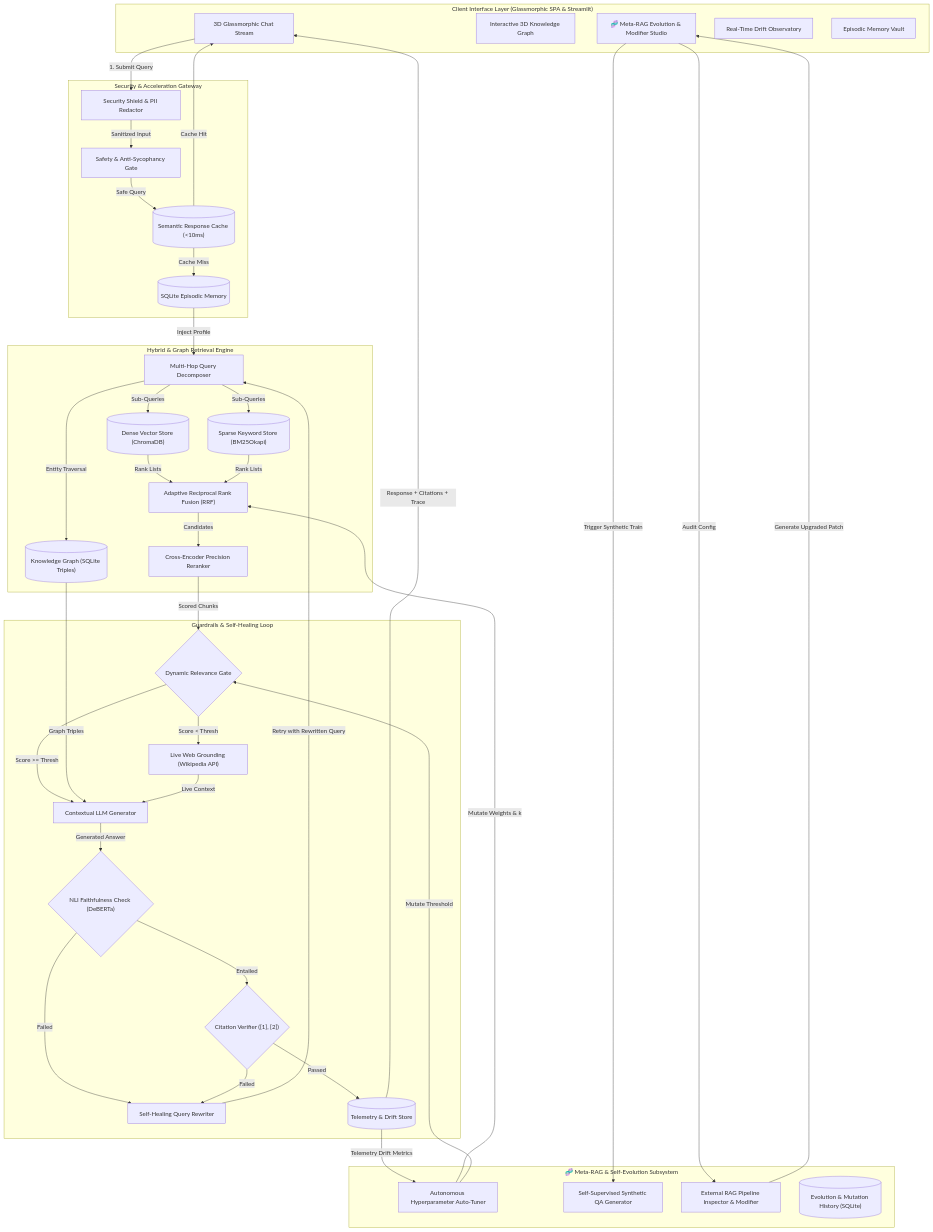
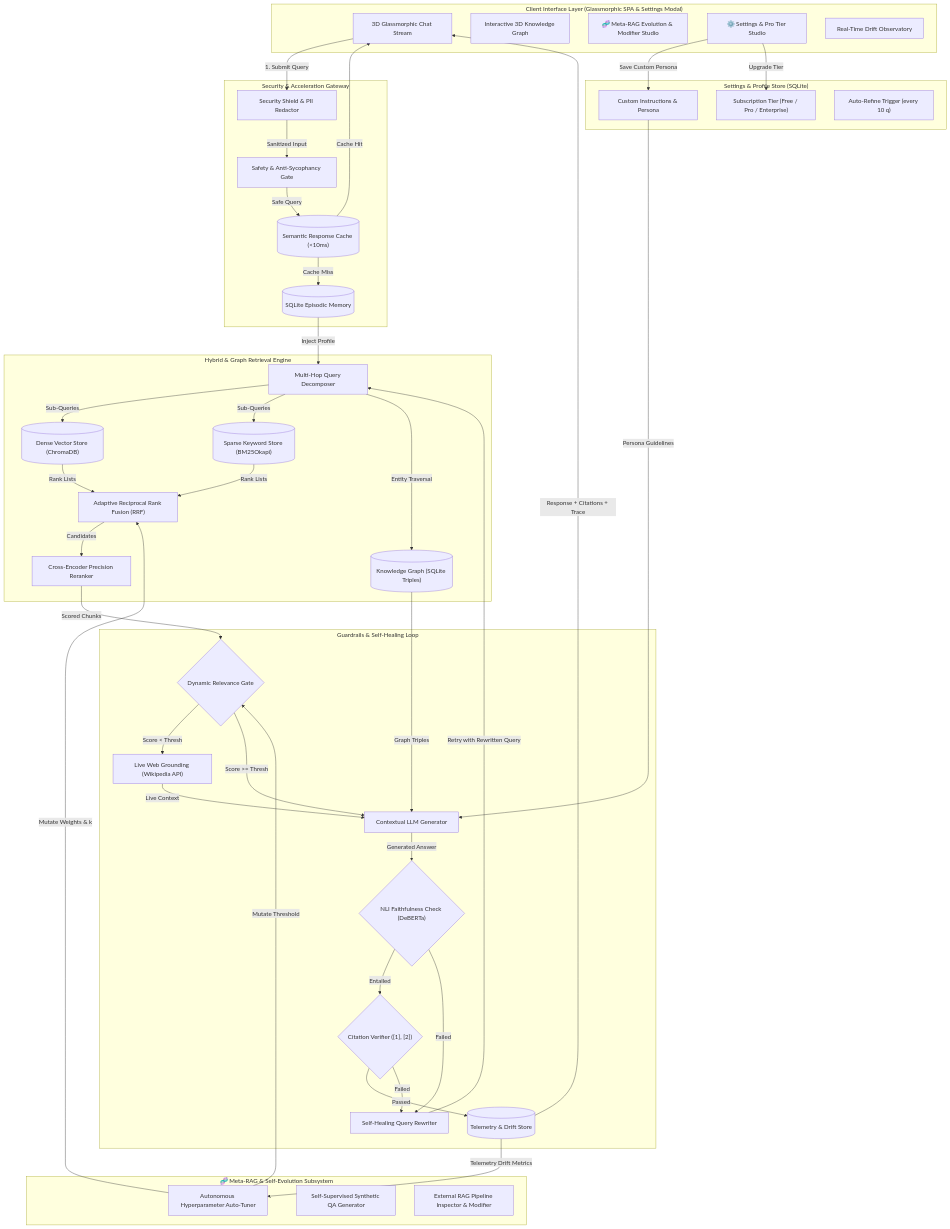
The diagram in README.md (Rishigit222/S-r-h), drawn with Mermaid before and after one commit. The commit also changed other lines of this file and 7 other files, not shown here.

Commit message:
feat: implement ChatGPT/Claude/DeepSeek style Settings, Pro tier, custom instructions, and theme customizer

````diff
--- a/README.md
+++ b/README.md
@@ -63,74 +83,78 @@
 ```mermaid
 flowchart TD
-    subgraph Client["Client Interface Layer (Glassmorphic SPA & Streamlit)"]
+    subgraph Client["Client Interface Layer (Glassmorphic SPA & Settings Modal)"]
         CHAT_UI["3D Glassmorphic Chat Stream"]
         GRAPH_UI["Interactive 3D Knowledge Graph"]
         EVO_UI["🧬 Meta-RAG Evolution & Modifier Studio"]
+        SETTINGS_MODAL["⚙️ Settings & Pro Tier Studio"]
         TELEMETRY_UI["Real-Time Drift Observatory"]
-        MEMORY_UI["Episodic Memory Vault"]
+    end
+
+    subgraph Settings_Store["Settings & Profile Store (SQLite)"]
+        TIER["Subscription Tier (Free / Pro / Enterprise)"]
+        CUSTOM_INST["Custom Instructions & Persona"]
+        AUTO_REFINE["Auto-Refine Trigger (every 10 q)"]
     end
 
     subgraph Meta_Evolution["🧬 Meta-RAG & Self-Evolution Subsystem"]
         OPTIMIZER["Autonomous Hyperparameter Auto-Tuner"]
         SYNTH_TRAIN["Self-Supervised Synthetic QA Generator"]
         RAG_MODIFIER["External RAG Pipeline Inspector & Modifier"]
-        EVO_DB[("Evolution & Mutation History (SQLite)")]
     end
 
     subgraph Security_Cache["Security & Acceleration Gateway"]
         SEC["Security Shield & PII Redactor"]
         SAFETY["Safety & Anti-Sycophancy Gate"]
         CACHE[("Semantic Response Cache (<10ms)")]
         MEM_STORE[("SQLite Episodic Memory")]
     end
 
     subgraph Retrieval_Engine["Hybrid & Graph Retrieval Engine"]
         DECOMP["Multi-Hop Query Decomposer"]
         V_STORE[("Dense Vector Store (ChromaDB)")]
         B_STORE[("Sparse Keyword Store (BM25Okapi)")]
         RRF["Adaptive Reciprocal Rank Fusion (RRF)"]
         KG_STORE[("Knowledge Graph (SQLite Triples)")]
         RERANK["Cross-Encoder Precision Reranker"]
     end
 
     subgraph Guardrails_Generation["Guardrails & Self-Healing Loop"]
         PRE_GATE{"Dynamic Relevance Gate"}
         WEB_FALLBACK["Live Web Grounding (Wikipedia API)"]
         LLM["Contextual LLM Generator"]
         NLI_CHECK{"NLI Faithfulness Check (DeBERTa)"}
         CITE_CHECK{"Citation Verifier ([1], [2])"}
         HEAL["Self-Healing Query Rewriter"]
         TELEMETRY[("Telemetry & Drift Store")]
     end
 
     CHAT_UI -->|1. Submit Query| SEC
     SEC -->|Sanitized Input| SAFETY
     SAFETY -->|Safe Query| CACHE
     CACHE -->|Cache Hit| CHAT_UI
     CACHE -->|Cache Miss| MEM_STORE
     MEM_STORE -->|Inject Profile| DECOMP
-    DECOMP -->|Sub-Queries| V_STORE
-    DECOMP -->|Sub-Queries| B_STORE
+    DECOMP -->|Sub-Queries| V_STORE & B_STORE
     DECOMP -->|Entity Traversal| KG_STORE
     OPTIMIZER -->|Mutate Weights & k| RRF
     OPTIMIZER -->|Mutate Threshold| PRE_GATE
     TELEMETRY -->|Telemetry Drift Metrics| OPTIMIZER
     V_STORE & B_STORE -->|Rank Lists| RRF
     RRF -->|Candidates| RERANK
     RERANK -->|Scored Chunks| PRE_GATE
     PRE_GATE -->|Score < Thresh| WEB_FALLBACK
     PRE_GATE -->|Score >= Thresh| LLM
     KG_STORE -->|Graph Triples| LLM
+    CUSTOM_INST -->|Persona Guidelines| LLM
     WEB_FALLBACK -->|Live Context| LLM
     LLM -->|Generated Answer| NLI_CHECK
     NLI_CHECK -->|Entailed| CITE_CHECK
     CITE_CHECK -->|Passed| TELEMETRY
     TELEMETRY -->|Response + Citations + Trace| CHAT_UI
     NLI_CHECK -->|Failed| HEAL
     CITE_CHECK -->|Failed| HEAL
     HEAL -->|Retry with Rewritten Query| DECOMP
 
-    EVO_UI -->|Audit Config| RAG_MODIFIER
-    RAG_MODIFIER -->|Generate Upgraded Patch| EVO_UI
-    EVO_UI -->|Trigger Synthetic Train| SYNTH_TRAIN
+    SETTINGS_MODAL -->|Save Custom Persona| CUSTOM_INST
+    SETTINGS_MODAL -->|Upgrade Tier| TIER
 ```
````
